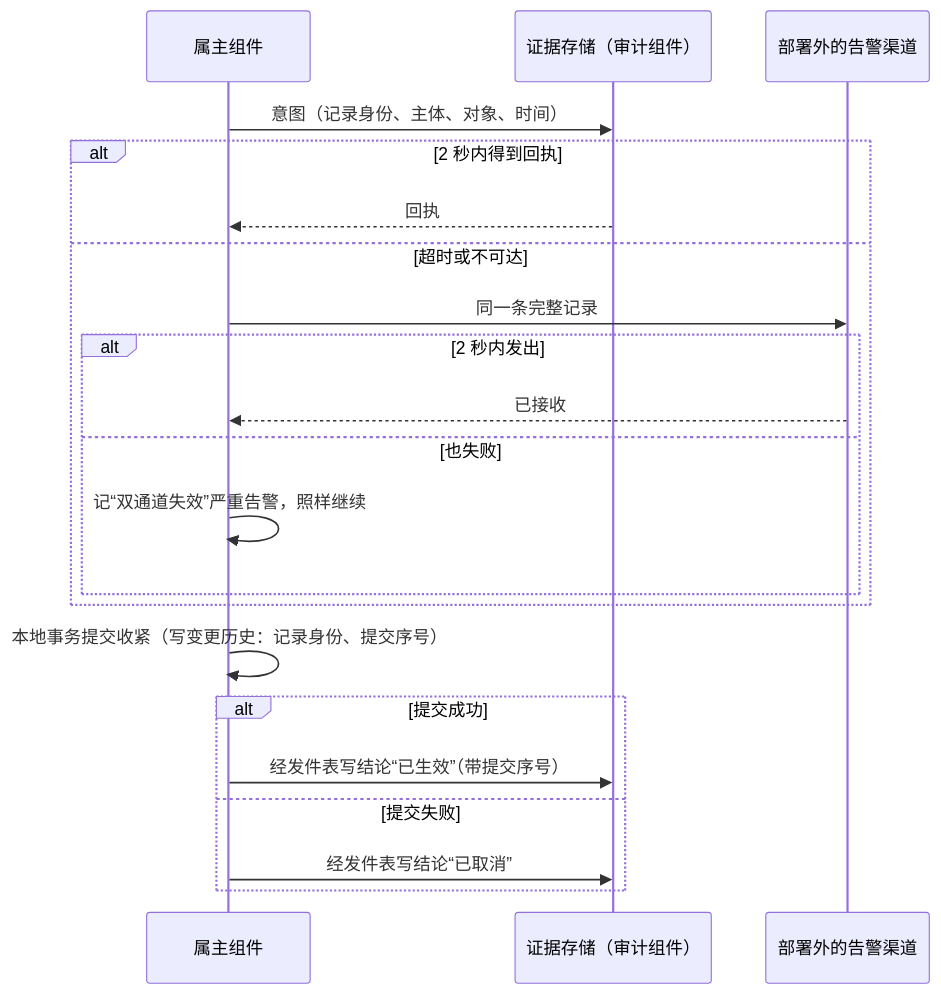
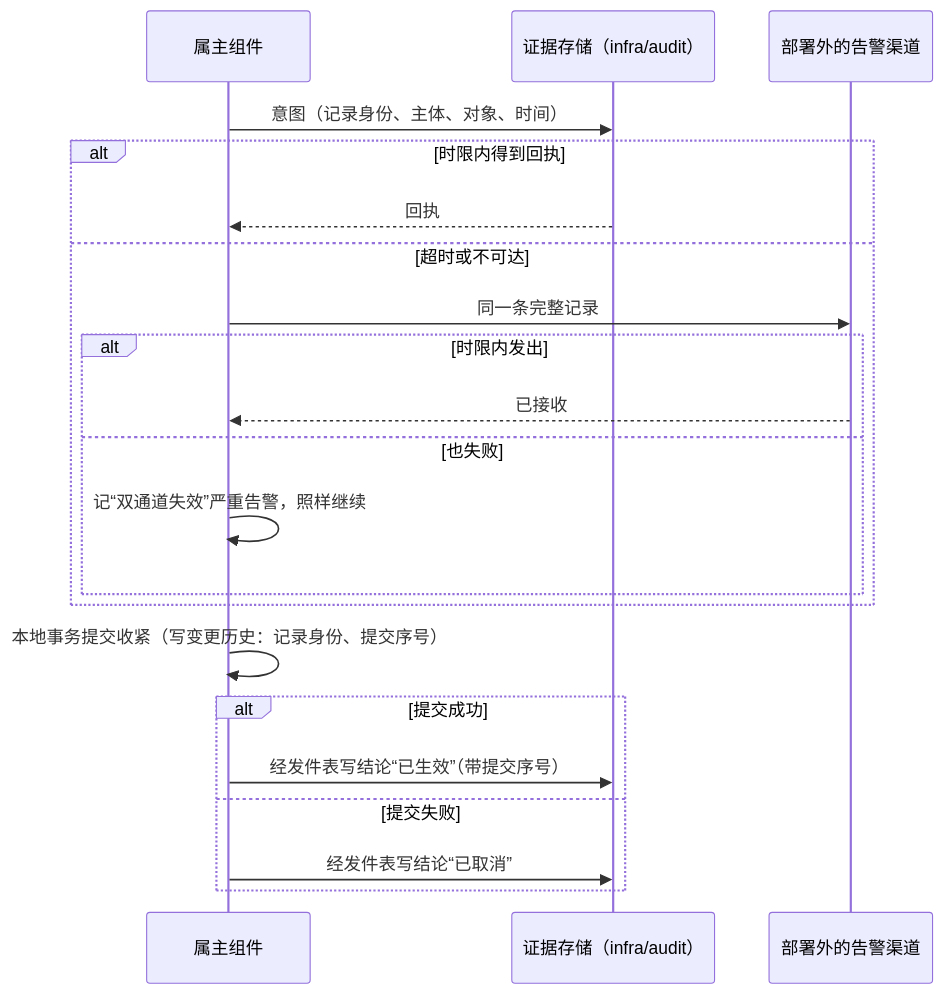
Before and after one commit to brickKit/be-assembly-standard: the diagram in tempDocs/final/06-protocols/15-backup-and-recovery.md, drawn with Mermaid. The commit also changed other lines of this file and 3 other files, not shown here.

````diff
--- a/tempDocs/final/06-protocols/15-backup-and-recovery.md
+++ b/tempDocs/final/06-protocols/15-backup-and-recovery.md
@@ -48,23 +75,23 @@
 ```mermaid
 sequenceDiagram
     participant O as 属主组件
-    participant E as 证据存储（审计组件）
+    participant E as 证据存储（infra/audit）
     participant X as 部署外的告警渠道
     O->>E: 意图（记录身份、主体、对象、时间）
-    alt 2 秒内得到回执
+    alt 时限内得到回执
         E-->>O: 回执
     else 超时或不可达
         O->>X: 同一条完整记录
-        alt 2 秒内发出
+        alt 时限内发出
             X-->>O: 已接收
         else 也失败
             O->>O: 记“双通道失效”严重告警，照样继续
         end
     end
     O->>O: 本地事务提交收紧（写变更历史：记录身份、提交序号）
     alt 提交成功
         O->>E: 经发件表写结论“已生效”（带提交序号）
     else 提交失败
         O->>E: 经发件表写结论“已取消”
     end
 ```
````
